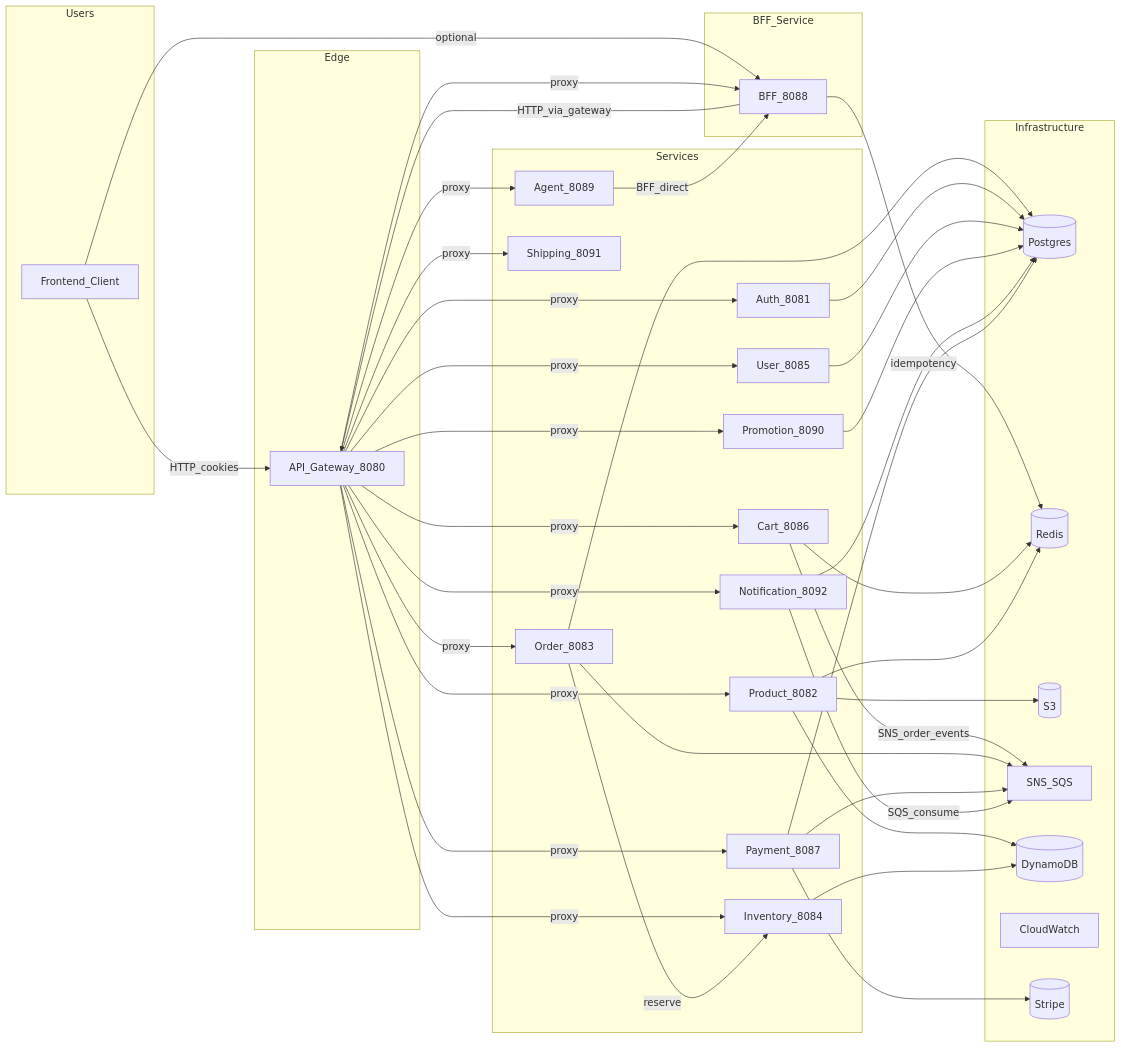
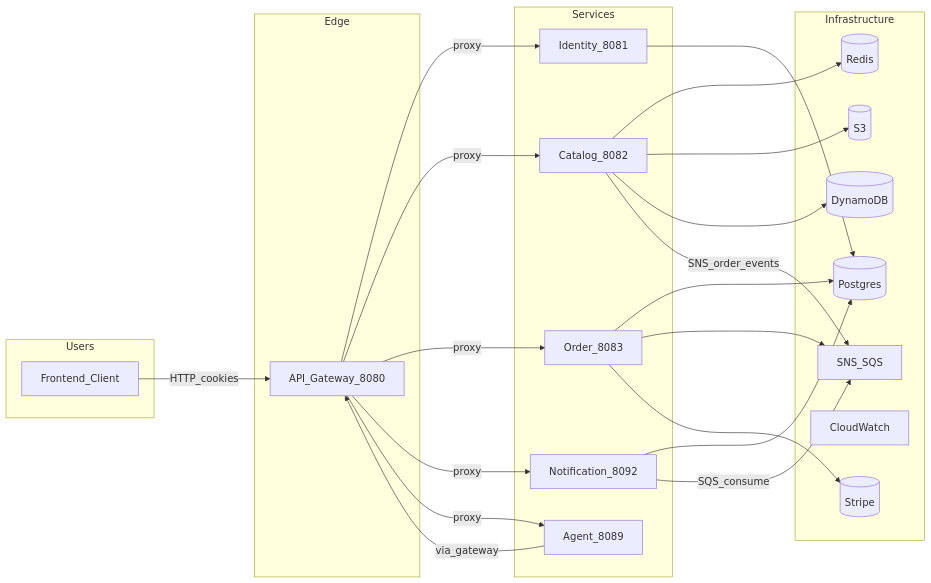
The first of 3 diagrams in backend/docs/architecture.md (yashrajoria/E-Commerce-backend), drawn with Mermaid before and after one commit. The commit also changed other lines of this file and 32 other files, not shown here.

First line of the commit message:
consolidation: wire 5-service topology across compose, gateway, CI, docs

````diff
--- a/backend/docs/architecture.md
+++ b/backend/docs/architecture.md
@@ -9,78 +9,50 @@
 ```mermaid
 flowchart LR
   subgraph Users
     U[Frontend_Client]
   end
 
   subgraph Edge
     API[API_Gateway_8080]
   end
 
-  subgraph BFF_Service
-    BFF[BFF_8088]
-  end
-
   subgraph Services
-    AUTH[Auth_8081]
-    USER[User_8085]
-    PROD[Product_8082]
-    CART[Cart_8086]
+    IDENT[Identity_8081]
+    CATALOG[Catalog_8082]
     ORDER[Order_8083]
-    PAYMENT[Payment_8087]
-    INVENT[Inventory_8084]
-    PROMO[Promotion_8090]
-    SHIP[Shipping_8091]
     NOTIF[Notification_8092]
     AGENT[Agent_8089]
   end
 
   subgraph Infrastructure
     PG[(Postgres)]
     REDIS[(Redis)]
     S3[(S3)]
     SNS_SQS[SNS_SQS]
     DDB[(DynamoDB)]
     CW[CloudWatch]
     STRIPE[(Stripe)]
   end
 
   U -->|HTTP_cookies| API
-  U -->|optional| BFF
-  API -->|proxy| BFF
-  API -->|proxy| AUTH
-  API -->|proxy| USER
-  API -->|proxy| PROD
-  API -->|proxy| CART
+  API -->|proxy| IDENT
+  API -->|proxy| CATALOG
   API -->|proxy| ORDER
-  API -->|proxy| PAYMENT
-  API -->|proxy| INVENT
-  API -->|proxy| PROMO
-  API -->|proxy| SHIP
   API -->|proxy| NOTIF
   API -->|proxy| AGENT
 
-  BFF -->|HTTP_via_gateway| API
-  BFF -->|idempotency| REDIS
+  CATALOG --> REDIS
+  ORDER --> PG
+  IDENT --> PG
+  NOTIF --> PG
 
-  CART --> REDIS
-  ORDER --> PG
-  AUTH --> PG
-  USER --> PG
-  PROMO --> PG
-  NOTIF --> PG
-  PAYMENT --> PG
+  CATALOG --> S3
+  CATALOG --> DDB
 
-  PROD --> S3
-  PROD --> DDB
-  PROD --> REDIS
-  INVENT --> DDB
+  CATALOG -->|SNS_order_events| SNS_SQS
+  ORDER --> SNS_SQS
+  ORDER --> STRIPE
+  NOTIF -->|SQS_consume| SNS_SQS
 
-  CART -->|SNS_order_events| SNS_SQS
-  ORDER --> SNS_SQS
-  PAYMENT --> SNS_SQS
-  PAYMENT --> STRIPE
-  NOTIF -->|SQS_consume| SNS_SQS
-  ORDER -->|reserve| INVENT
-
-  AGENT -->|BFF_direct| BFF
+  AGENT -->|via_gateway| API
 ```
````
